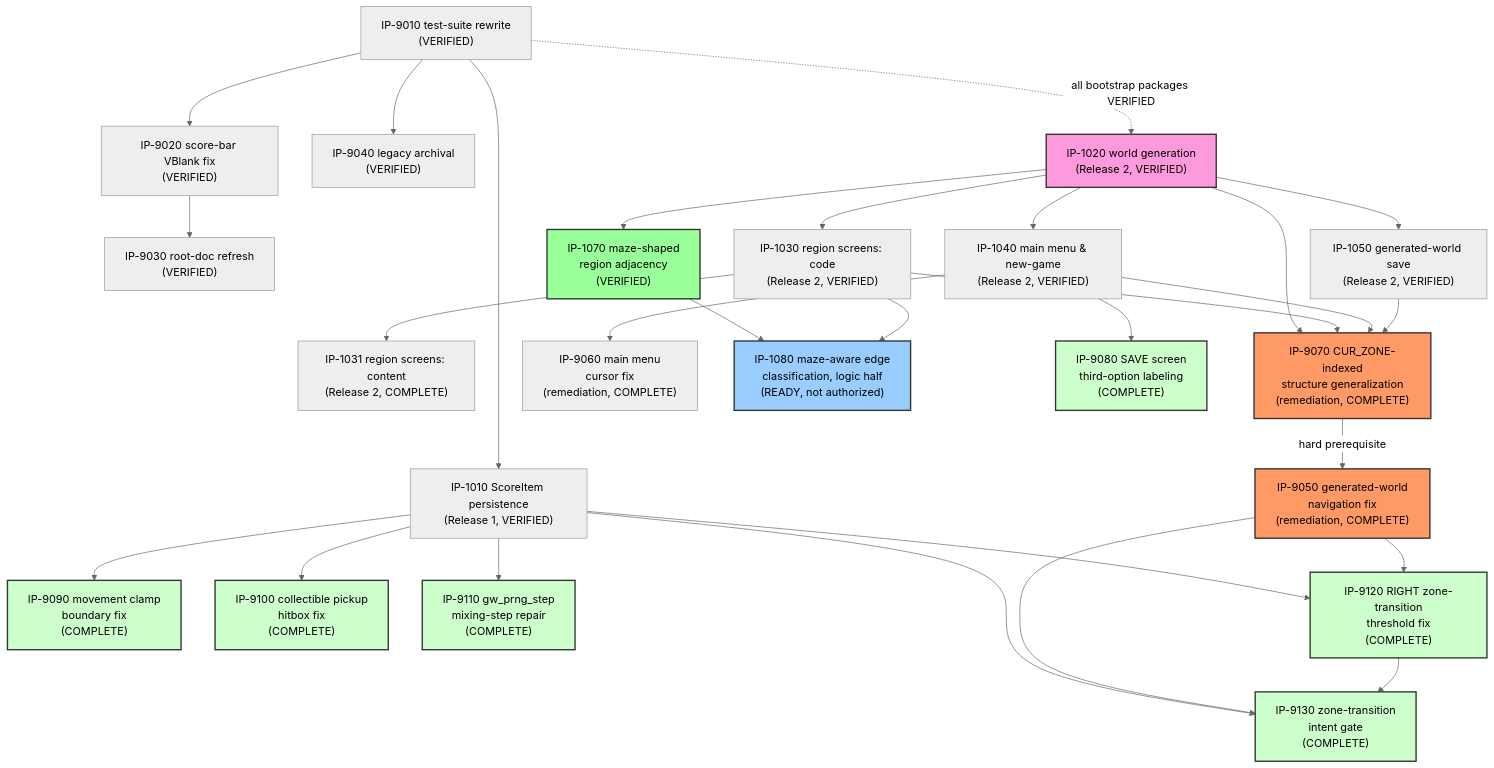
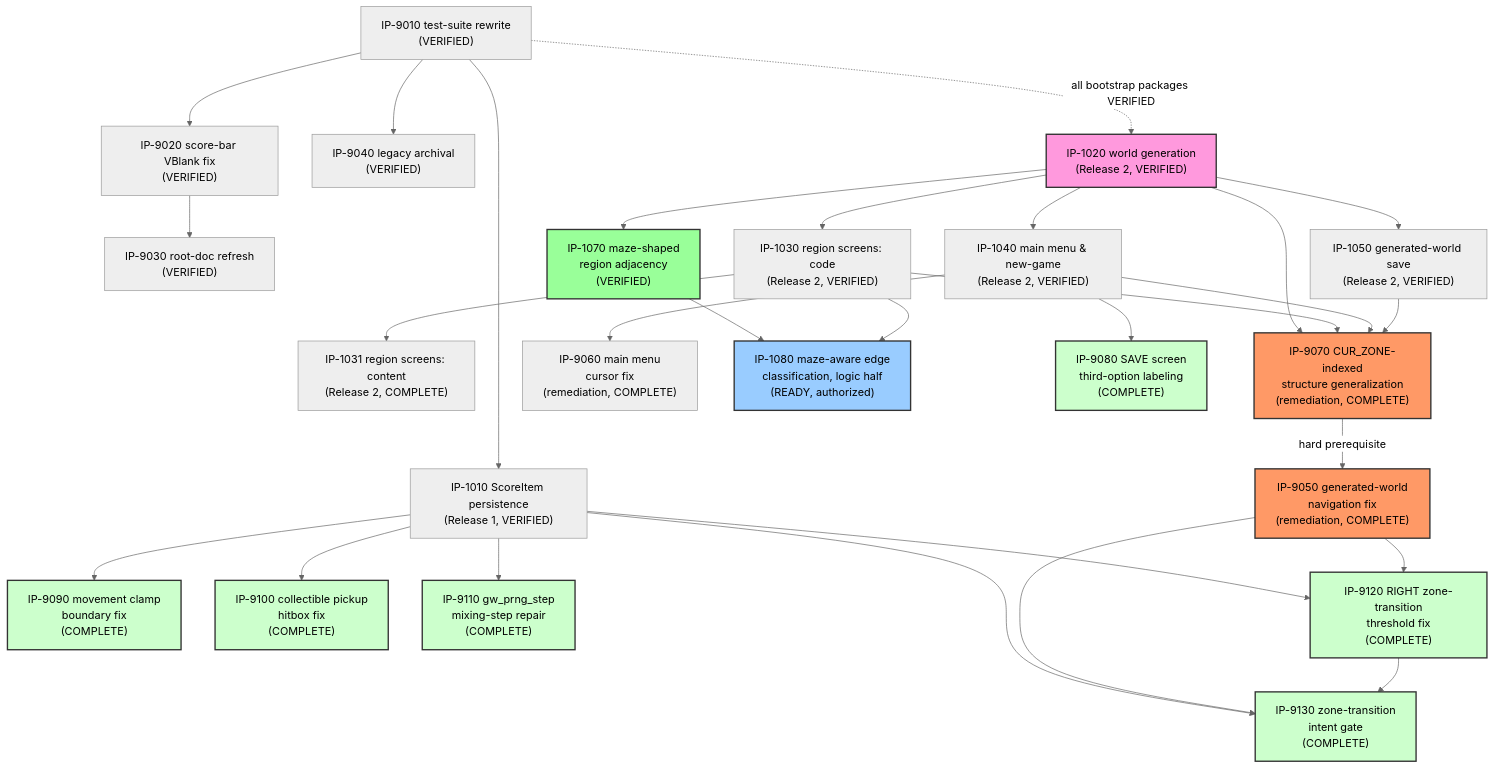
Before and after one commit to Zabin/RsGame: the diagram in docs/implementation/00-master-build-plan.md, drawn with Mermaid (neutral theme). The commit also changed other lines of this file and 4 other files, not shown here.

````diff
--- a/docs/implementation/00-master-build-plan.md
+++ b/docs/implementation/00-master-build-plan.md
@@ -164,76 +165,76 @@
 ```mermaid
 graph TD
     IP9010["IP-9010 test-suite rewrite<br/>(VERIFIED)"]
     IP9020["IP-9020 score-bar VBlank fix<br/>(VERIFIED)"]
     IP9030["IP-9030 root-doc refresh<br/>(VERIFIED)"]
     IP9040["IP-9040 legacy archival<br/>(VERIFIED)"]
     IP1010["IP-1010 ScoreItem persistence<br/>(Release 1, VERIFIED)"]
     IP9010 --> IP9020
     IP9010 --> IP9040
     IP9010 --> IP1010
     IP9020 --> IP9030
 
     IP1020["IP-1020 world generation<br/>(Release 2, VERIFIED)"]
     IP1030["IP-1030 region screens: code<br/>(Release 2, VERIFIED)"]
     IP1031["IP-1031 region screens: content<br/>(Release 2, COMPLETE)"]
     IP1040["IP-1040 main menu & new-game<br/>(Release 2, VERIFIED)"]
     IP1050["IP-1050 generated-world save<br/>(Release 2, VERIFIED)"]
     IP9010 -.all bootstrap packages VERIFIED.-> IP1020
     IP1020 --> IP1030
     IP1030 --> IP1031
     IP1020 --> IP1040
     IP1020 --> IP1050
 
     style IP1020 fill:#f9d,stroke:#333,stroke-width:2px
 
     IP9070["IP-9070 CUR_ZONE-indexed<br/>structure generalization<br/>(remediation, COMPLETE)"]
     IP9050["IP-9050 generated-world<br/>navigation fix<br/>(remediation, COMPLETE)"]
     IP9060["IP-9060 main menu<br/>cursor fix<br/>(remediation, COMPLETE)"]
     IP1020 --> IP9070
     IP1030 --> IP9070
     IP1040 --> IP9070
     IP1050 --> IP9070
     IP9070 -->|hard prerequisite| IP9050
     IP1040 --> IP9060
 
     style IP9070 fill:#f96,stroke:#333,stroke-width:2px
     style IP9050 fill:#f96,stroke:#333,stroke-width:2px
 
     IP1070["IP-1070 maze-shaped<br/>region adjacency<br/>(VERIFIED)"]
-    IP1080["IP-1080 maze-aware edge<br/>classification, logic half<br/>(READY, not authorized)"]
+    IP1080["IP-1080 maze-aware edge<br/>classification, logic half<br/>(READY, authorized)"]
     IP1020 --> IP1070
     IP1070 --> IP1080
     IP1030 --> IP1080
 
     style IP1070 fill:#9f9,stroke:#333,stroke-width:2px
     style IP1080 fill:#9cf,stroke:#333,stroke-width:2px
 
     IP9090["IP-9090 movement clamp<br/>boundary fix<br/>(COMPLETE)"]
     IP9100["IP-9100 collectible pickup<br/>hitbox fix<br/>(COMPLETE)"]
     IP9080["IP-9080 SAVE screen<br/>third-option labeling<br/>(COMPLETE)"]
     IP1010 --> IP9090
     IP1010 --> IP9100
     IP1040 --> IP9080
 
     style IP9090 fill:#cfc,stroke:#333,stroke-width:2px
     style IP9100 fill:#cfc,stroke:#333,stroke-width:2px
     style IP9080 fill:#cfc,stroke:#333,stroke-width:2px
 
     IP9110["IP-9110 gw_prng_step<br/>mixing-step repair<br/>(COMPLETE)"]
     IP1010 --> IP9110
 
     style IP9110 fill:#cfc,stroke:#333,stroke-width:2px
 
     IP9120["IP-9120 RIGHT zone-transition<br/>threshold fix<br/>(COMPLETE)"]
     IP1010 --> IP9120
     IP9050 --> IP9120
 
     style IP9120 fill:#cfc,stroke:#333,stroke-width:2px
 
     IP9130["IP-9130 zone-transition<br/>intent gate<br/>(COMPLETE)"]
     IP1010 --> IP9130
     IP9050 --> IP9130
     IP9120 --> IP9130
 
     style IP9130 fill:#cfc,stroke:#333,stroke-width:2px
 ```
````
